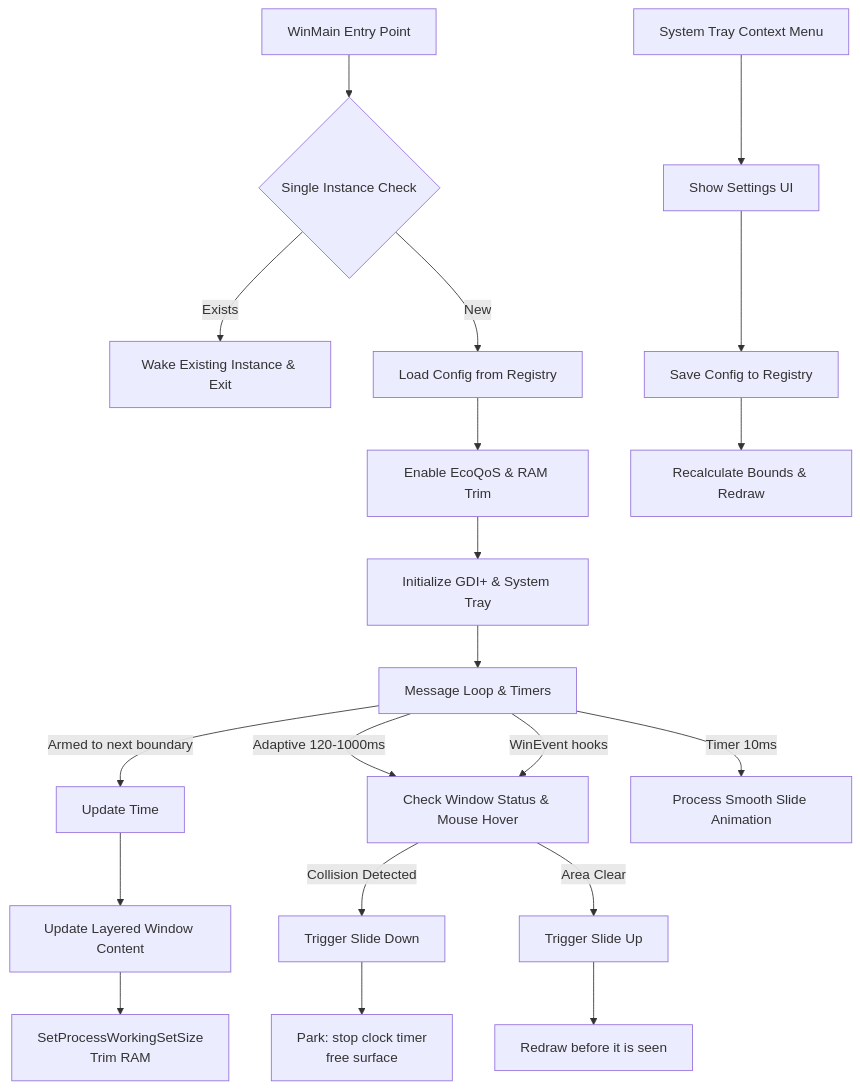
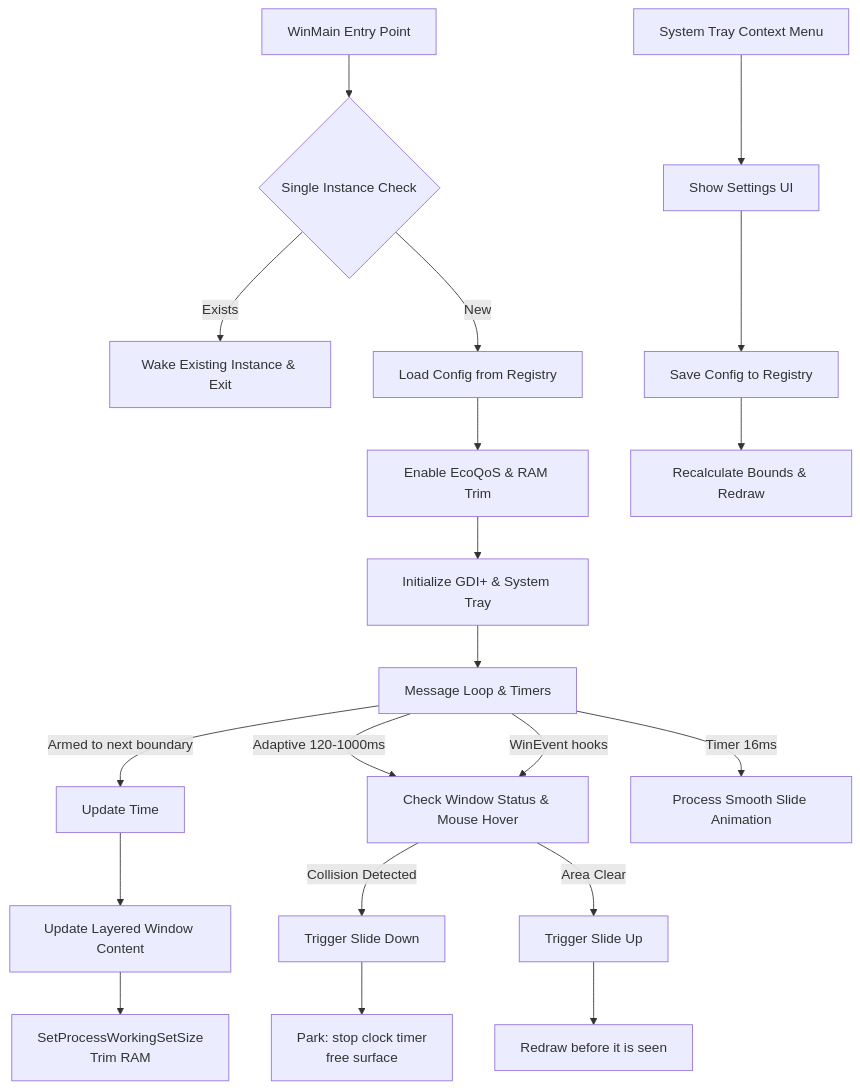
The diagram in README.md (BBatWRP/tiny-overlay-clock), drawn with Mermaid before and after one commit. The commit also changed other lines of this file, not shown here.

````diff
--- a/README.md
+++ b/README.md
@@ -51,27 +51,27 @@
 ```mermaid
 graph TD
     A[WinMain Entry Point] --> B{Single Instance Check}
     B -- Exists --> C[Wake Existing Instance & Exit]
     B -- New --> D[Load Config from Registry]
     D --> E[Enable EcoQoS & RAM Trim]
     E --> F[Initialize GDI+ & System Tray]
     F --> G[Message Loop & Timers]
     
     G -->|Armed to next boundary| H[Update Time]
     G -->|Adaptive 120-1000ms| I[Check Window Status & Mouse Hover]
-    G -->|Timer 10ms| J[Process Smooth Slide Animation]
+    G -->|Timer 16ms| J[Process Smooth Slide Animation]
     G -->|WinEvent hooks| I
     
     H --> K[Update Layered Window Content]
     I -- Collision Detected --> L[Trigger Slide Down]
     I -- Area Clear --> M[Trigger Slide Up]
     
     L --> S[Park: stop clock timer \n free surface]
     M --> T[Redraw before it is seen]
     
     K --> N[SetProcessWorkingSetSize \n Trim RAM]
     
     O[System Tray Context Menu] --> P[Show Settings UI]
     P --> Q[Save Config to Registry]
     Q --> R[Recalculate Bounds & Redraw]
 ```
````
